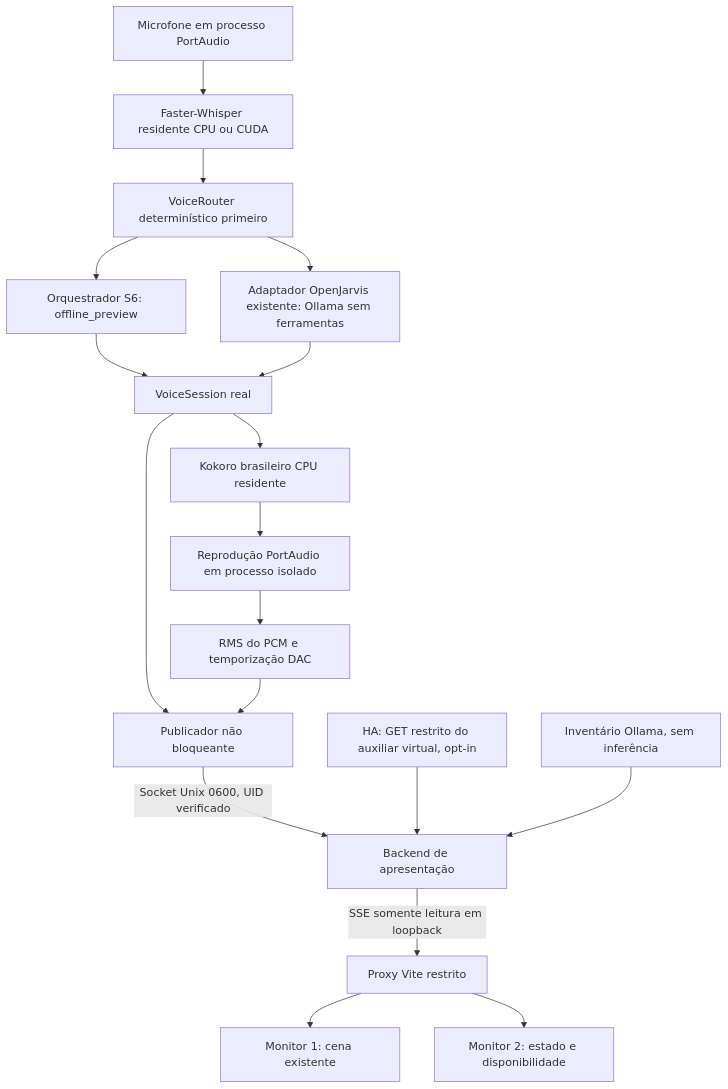
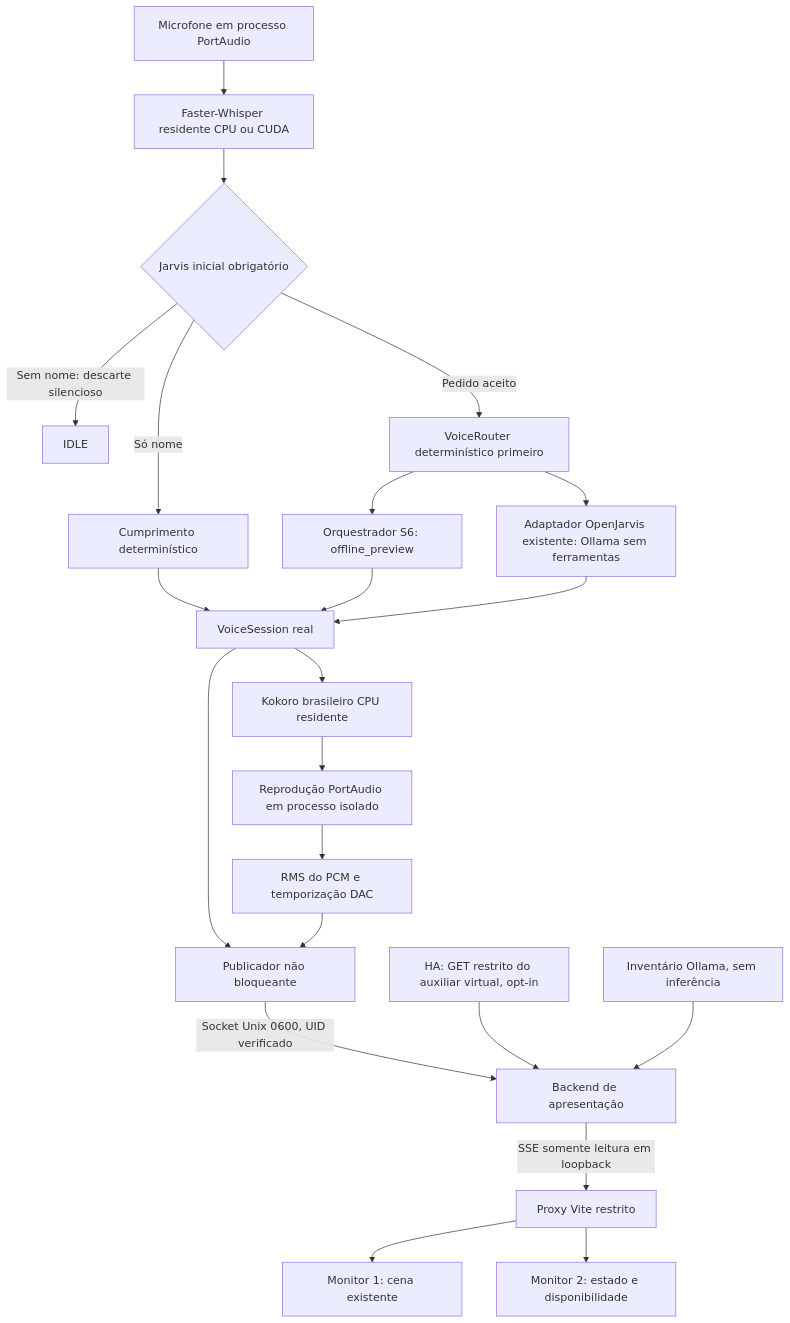
Before and after one commit to JotakuGr/jarvis-room-private: the first of 2 diagrams in projects/jarvis-room/docs/integrations/voice-frontend-integration.md, drawn with Mermaid. The commit also changed other lines of this file and 6 other files, not shown here.

````diff
--- a/projects/jarvis-room/docs/integrations/voice-frontend-integration.md
+++ b/projects/jarvis-room/docs/integrations/voice-frontend-integration.md
@@ -10,20 +11,24 @@
 ```mermaid
 flowchart TD
     M[Microfone em processo PortAudio] --> S[Faster-Whisper residente CPU ou CUDA]
-    S --> R[VoiceRouter determinístico primeiro]
+    S --> G{Jarvis inicial obrigatório}
+    G -->|Sem nome: descarte silencioso| I[IDLE]
+    G -->|Só nome| F[Cumprimento determinístico]
+    G -->|Pedido aceito| R[VoiceRouter determinístico primeiro]
+    F --> V
     R --> P[Orquestrador S6: offline_preview]
     R --> O[Adaptador OpenJarvis existente: Ollama sem ferramentas]
     P --> V[VoiceSession real]
     O --> V
     V --> T[Kokoro brasileiro CPU residente]
     T --> A[Reprodução PortAudio em processo isolado]
     A --> E[RMS do PCM e temporização DAC]
     V --> U[Publicador não bloqueante]
     E --> U
     U -->|Socket Unix 0600, UID verificado| B[Backend de apresentação]
     H[HA: GET restrito do auxiliar virtual, opt-in] --> B
     L[Inventário Ollama, sem inferência] --> B
     B -->|SSE somente leitura em loopback| X[Proxy Vite restrito]
     X --> C[Monitor 1: cena existente]
     X --> D[Monitor 2: estado e disponibilidade]
 ```
````
